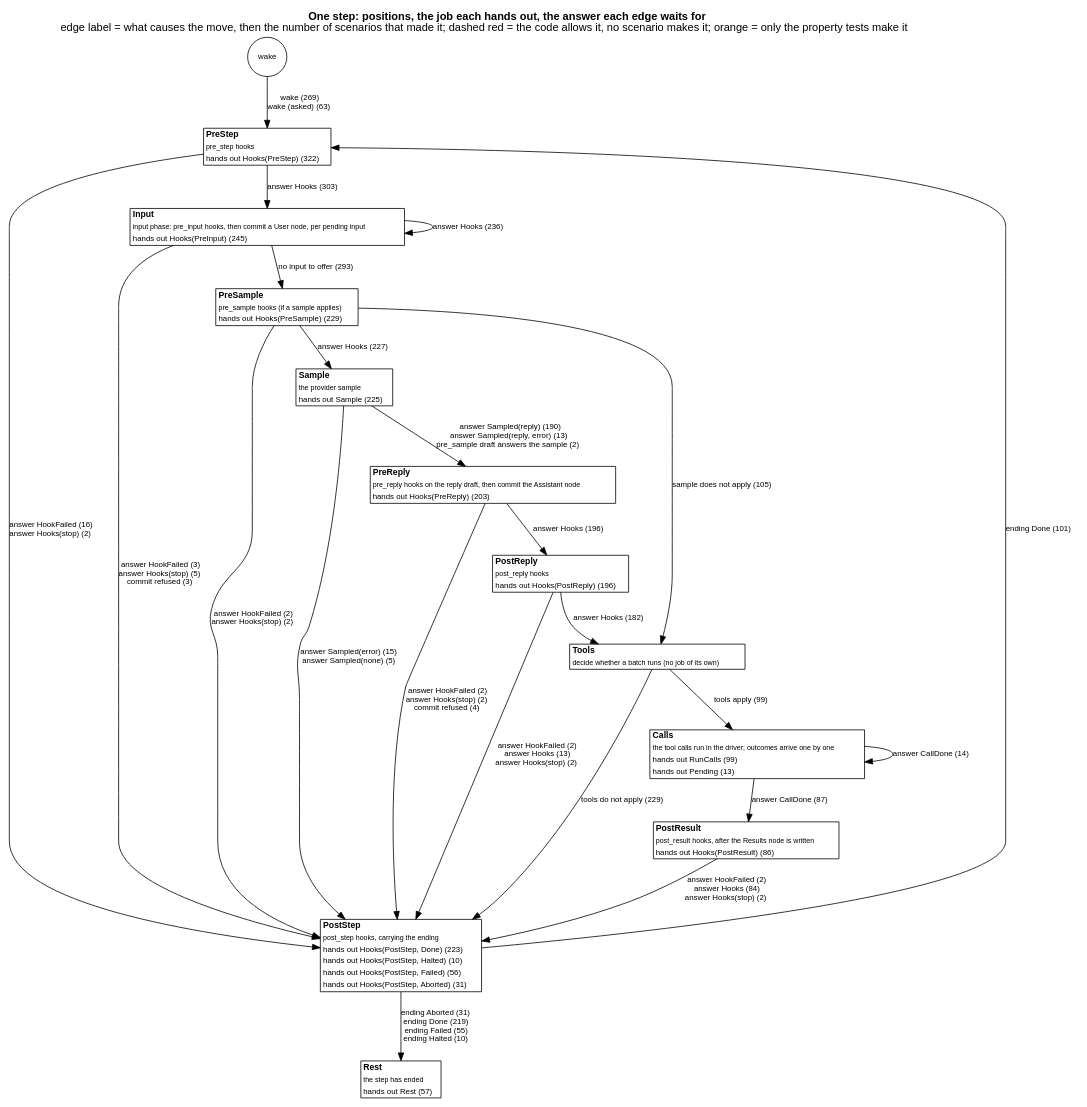
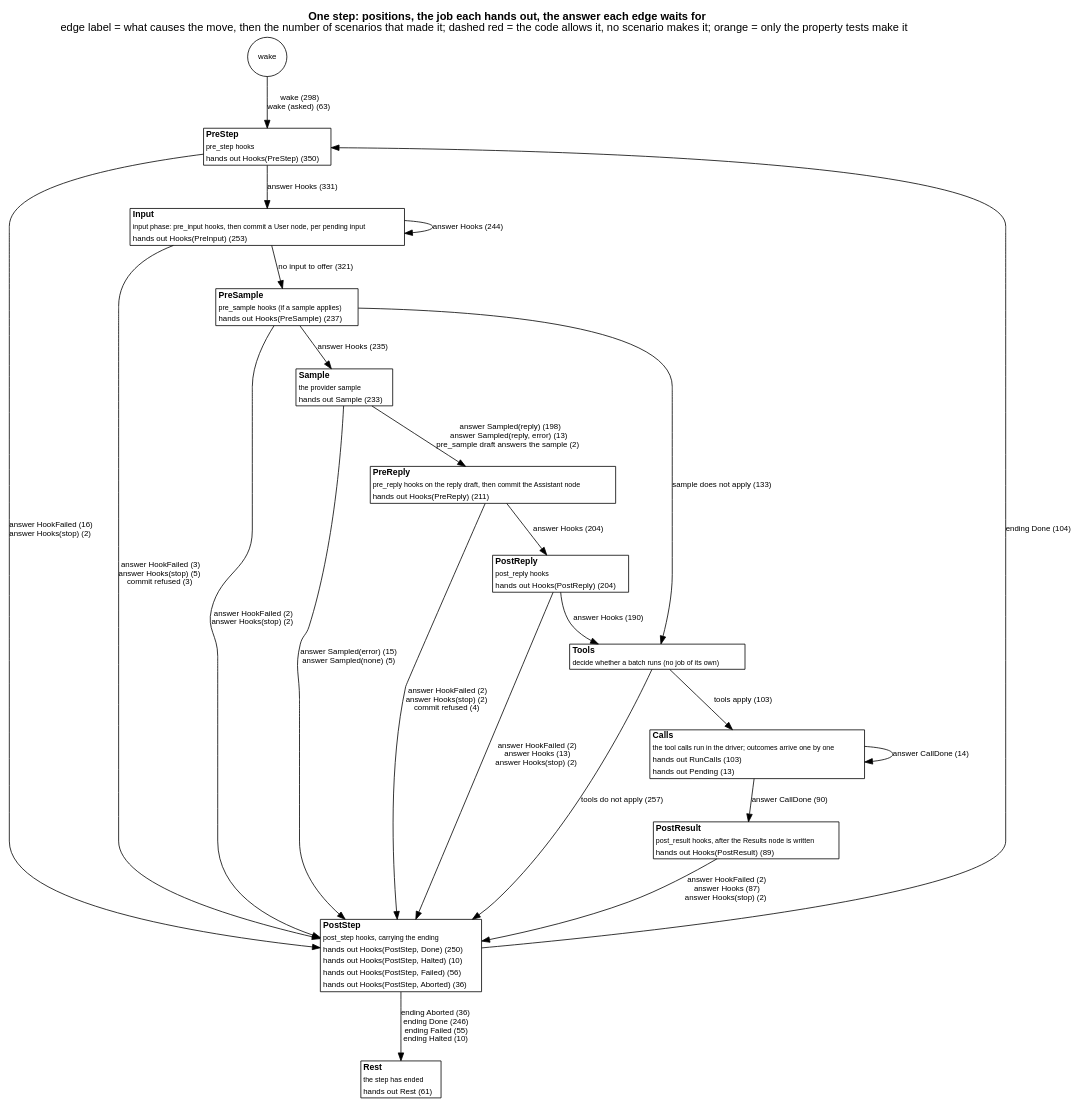
One commit to jmccardle/tau changed the diagram in docs/as-built/diagrams/step-positions.dot. Above: the diagram before and after it, drawn with Graphviz. The commit also changed 37 other files, not shown here.

```diff
--- a/docs/as-built/diagrams/step-positions.dot
+++ b/docs/as-built/diagrams/step-positions.dot
@@ -1,40 +1,40 @@
 // Generated by scripts/diagrams.sh from the test suites' transitions. Do not edit.
 digraph step_positions {
   graph [rankdir=TB, fontname="Helvetica", nodesep=0.5, ranksep=0.6, labelloc=t, label=<<b>One step: positions, the job each hands out, the answer each edge waits for</b><br/>edge label = what causes the move, then the number of scenarios that made it; dashed red = the code allows it, no scenario makes it; orange = only the property tests make it>];
   node [shape=plain, fontname="Helvetica", fontsize=11];
   edge [fontname="Helvetica", fontsize=10];
   "(wake)" [shape=circle, label="wake", fontsize=10];
-  "PreStep" [label=<<table border="1" cellborder="0" cellspacing="0" bgcolor="white"><tr><td align="left"><b>PreStep</b></td></tr><tr><td align="left"><font point-size="9">pre_step hooks</font></td></tr><tr><td align="left"><font color="black" point-size="10">hands out Hooks(PreStep) (322)</font></td></tr></table>>];
-  "Input" [label=<<table border="1" cellborder="0" cellspacing="0" bgcolor="white"><tr><td align="left"><b>Input</b></td></tr><tr><td align="left"><font point-size="9">input phase: pre_input hooks, then commit a User node, per pending input</font></td></tr><tr><td align="left"><font color="black" point-size="10">hands out Hooks(PreInput) (245)</font></td></tr></table>>];
-  "PreSample" [label=<<table border="1" cellborder="0" cellspacing="0" bgcolor="white"><tr><td align="left"><b>PreSample</b></td></tr><tr><td align="left"><font point-size="9">pre_sample hooks (if a sample applies)</font></td></tr><tr><td align="left"><font color="black" point-size="10">hands out Hooks(PreSample) (229)</font></td></tr></table>>];
-  "Sample" [label=<<table border="1" cellborder="0" cellspacing="0" bgcolor="white"><tr><td align="left"><b>Sample</b></td></tr><tr><td align="left"><font point-size="9">the provider sample</font></td></tr><tr><td align="left"><font color="black" point-size="10">hands out Sample (225)</font></td></tr></table>>];
-  "PreReply" [label=<<table border="1" cellborder="0" cellspacing="0" bgcolor="white"><tr><td align="left"><b>PreReply</b></td></tr><tr><td align="left"><font point-size="9">pre_reply hooks on the reply draft, then commit the Assistant node</font></td></tr><tr><td align="left"><font color="black" point-size="10">hands out Hooks(PreReply) (203)</font></td></tr></table>>];
-  "PostReply" [label=<<table border="1" cellborder="0" cellspacing="0" bgcolor="white"><tr><td align="left"><b>PostReply</b></td></tr><tr><td align="left"><font point-size="9">post_reply hooks</font></td></tr><tr><td align="left"><font color="black" point-size="10">hands out Hooks(PostReply) (196)</font></td></tr></table>>];
+  "PreStep" [label=<<table border="1" cellborder="0" cellspacing="0" bgcolor="white"><tr><td align="left"><b>PreStep</b></td></tr><tr><td align="left"><font point-size="9">pre_step hooks</font></td></tr><tr><td align="left"><font color="black" point-size="10">hands out Hooks(PreStep) (350)</font></td></tr></table>>];
+  "Input" [label=<<table border="1" cellborder="0" cellspacing="0" bgcolor="white"><tr><td align="left"><b>Input</b></td></tr><tr><td align="left"><font point-size="9">input phase: pre_input hooks, then commit a User node, per pending input</font></td></tr><tr><td align="left"><font color="black" point-size="10">hands out Hooks(PreInput) (253)</font></td></tr></table>>];
+  "PreSample" [label=<<table border="1" cellborder="0" cellspacing="0" bgcolor="white"><tr><td align="left"><b>PreSample</b></td></tr><tr><td align="left"><font point-size="9">pre_sample hooks (if a sample applies)</font></td></tr><tr><td align="left"><font color="black" point-size="10">hands out Hooks(PreSample) (237)</font></td></tr></table>>];
+  "Sample" [label=<<table border="1" cellborder="0" cellspacing="0" bgcolor="white"><tr><td align="left"><b>Sample</b></td></tr><tr><td align="left"><font point-size="9">the provider sample</font></td></tr><tr><td align="left"><font color="black" point-size="10">hands out Sample (233)</font></td></tr></table>>];
+  "PreReply" [label=<<table border="1" cellborder="0" cellspacing="0" bgcolor="white"><tr><td align="left"><b>PreReply</b></td></tr><tr><td align="left"><font point-size="9">pre_reply hooks on the reply draft, then commit the Assistant node</font></td></tr><tr><td align="left"><font color="black" point-size="10">hands out Hooks(PreReply) (211)</font></td></tr></table>>];
+  "PostReply" [label=<<table border="1" cellborder="0" cellspacing="0" bgcolor="white"><tr><td align="left"><b>PostReply</b></td></tr><tr><td align="left"><font point-size="9">post_reply hooks</font></td></tr><tr><td align="left"><font color="black" point-size="10">hands out Hooks(PostReply) (204)</font></td></tr></table>>];
   "Tools" [label=<<table border="1" cellborder="0" cellspacing="0" bgcolor="white"><tr><td align="left"><b>Tools</b></td></tr><tr><td align="left"><font point-size="9">decide whether a batch runs (no job of its own)</font></td></tr></table>>];
-  "Calls" [label=<<table border="1" cellborder="0" cellspacing="0" bgcolor="white"><tr><td align="left"><b>Calls</b></td></tr><tr><td align="left"><font point-size="9">the tool calls run in the driver; outcomes arrive one by one</font></td></tr><tr><td align="left"><font color="black" point-size="10">hands out RunCalls (99)</font></td></tr><tr><td align="left"><font color="black" point-size="10">hands out Pending (13)</font></td></tr></table>>];
-  "PostResult" [label=<<table border="1" cellborder="0" cellspacing="0" bgcolor="white"><tr><td align="left"><b>PostResult</b></td></tr><tr><td align="left"><font point-size="9">post_result hooks, after the Results node is written</font></td></tr><tr><td align="left"><font color="black" point-size="10">hands out Hooks(PostResult) (86)</font></td></tr></table>>];
-  "PostStep" [label=<<table border="1" cellborder="0" cellspacing="0" bgcolor="white"><tr><td align="left"><b>PostStep</b></td></tr><tr><td align="left"><font point-size="9">post_step hooks, carrying the ending</font></td></tr><tr><td align="left"><font color="black" point-size="10">hands out Hooks(PostStep, Done) (223)</font></td></tr><tr><td align="left"><font color="black" point-size="10">hands out Hooks(PostStep, Halted) (10)</font></td></tr><tr><td align="left"><font color="black" point-size="10">hands out Hooks(PostStep, Failed) (56)</font></td></tr><tr><td align="left"><font color="black" point-size="10">hands out Hooks(PostStep, Aborted) (31)</font></td></tr></table>>];
-  "Rest" [label=<<table border="1" cellborder="0" cellspacing="0" bgcolor="white"><tr><td align="left"><b>Rest</b></td></tr><tr><td align="left"><font point-size="9">the step has ended</font></td></tr><tr><td align="left"><font color="black" point-size="10">hands out Rest (57)</font></td></tr></table>>];
-  "(wake)" -> "PreStep" [label=<wake (269)<br/>wake (asked) (63)>, color="black", style=solid];
+  "Calls" [label=<<table border="1" cellborder="0" cellspacing="0" bgcolor="white"><tr><td align="left"><b>Calls</b></td></tr><tr><td align="left"><font point-size="9">the tool calls run in the driver; outcomes arrive one by one</font></td></tr><tr><td align="left"><font color="black" point-size="10">hands out RunCalls (103)</font></td></tr><tr><td align="left"><font color="black" point-size="10">hands out Pending (13)</font></td></tr></table>>];
+  "PostResult" [label=<<table border="1" cellborder="0" cellspacing="0" bgcolor="white"><tr><td align="left"><b>PostResult</b></td></tr><tr><td align="left"><font point-size="9">post_result hooks, after the Results node is written</font></td></tr><tr><td align="left"><font color="black" point-size="10">hands out Hooks(PostResult) (89)</font></td></tr></table>>];
+  "PostStep" [label=<<table border="1" cellborder="0" cellspacing="0" bgcolor="white"><tr><td align="left"><b>PostStep</b></td></tr><tr><td align="left"><font point-size="9">post_step hooks, carrying the ending</font></td></tr><tr><td align="left"><font color="black" point-size="10">hands out Hooks(PostStep, Done) (250)</font></td></tr><tr><td align="left"><font color="black" point-size="10">hands out Hooks(PostStep, Halted) (10)</font></td></tr><tr><td align="left"><font color="black" point-size="10">hands out Hooks(PostStep, Failed) (56)</font></td></tr><tr><td align="left"><font color="black" point-size="10">hands out Hooks(PostStep, Aborted) (36)</font></td></tr></table>>];
+  "Rest" [label=<<table border="1" cellborder="0" cellspacing="0" bgcolor="white"><tr><td align="left"><b>Rest</b></td></tr><tr><td align="left"><font point-size="9">the step has ended</font></td></tr><tr><td align="left"><font color="black" point-size="10">hands out Rest (61)</font></td></tr></table>>];
+  "(wake)" -> "PreStep" [label=<wake (298)<br/>wake (asked) (63)>, color="black", style=solid];
   "Calls" -> "Calls" [label=<answer CallDone (14)>, color="black", style=solid];
-  "Calls" -> "PostResult" [label=<answer CallDone (87)>, color="black", style=solid];
-  "Input" -> "Input" [label=<answer Hooks (236)>, color="black", style=solid];
+  "Calls" -> "PostResult" [label=<answer CallDone (90)>, color="black", style=solid];
+  "Input" -> "Input" [label=<answer Hooks (244)>, color="black", style=solid];
   "Input" -> "PostStep" [label=<answer HookFailed (3)<br/>answer Hooks(stop) (5)<br/>commit refused (3)>, color="black", style=solid];
-  "Input" -> "PreSample" [label=<no input to offer (293)>, color="black", style=solid];
+  "Input" -> "PreSample" [label=<no input to offer (321)>, color="black", style=solid];
   "PostReply" -> "PostStep" [label=<answer HookFailed (2)<br/>answer Hooks (13)<br/>answer Hooks(stop) (2)>, color="black", style=solid];
-  "PostReply" -> "Tools" [label=<answer Hooks (182)>, color="black", style=solid];
-  "PostResult" -> "PostStep" [label=<answer HookFailed (2)<br/>answer Hooks (84)<br/>answer Hooks(stop) (2)>, color="black", style=solid];
-  "PostStep" -> "PreStep" [label=<ending Done (101)>, color="black", style=solid];
-  "PostStep" -> "Rest" [label=<ending Aborted (31)<br/>ending Done (219)<br/>ending Failed (55)<br/>ending Halted (10)>, color="black", style=solid];
-  "PreReply" -> "PostReply" [label=<answer Hooks (196)>, color="black", style=solid];
+  "PostReply" -> "Tools" [label=<answer Hooks (190)>, color="black", style=solid];
+  "PostResult" -> "PostStep" [label=<answer HookFailed (2)<br/>answer Hooks (87)<br/>answer Hooks(stop) (2)>, color="black", style=solid];
+  "PostStep" -> "PreStep" [label=<ending Done (104)>, color="black", style=solid];
+  "PostStep" -> "Rest" [label=<ending Aborted (36)<br/>ending Done (246)<br/>ending Failed (55)<br/>ending Halted (10)>, color="black", style=solid];
+  "PreReply" -> "PostReply" [label=<answer Hooks (204)>, color="black", style=solid];
   "PreReply" -> "PostStep" [label=<answer HookFailed (2)<br/>answer Hooks(stop) (2)<br/>commit refused (4)>, color="black", style=solid];
   "PreSample" -> "PostStep" [label=<answer HookFailed (2)<br/>answer Hooks(stop) (2)>, color="black", style=solid];
-  "PreSample" -> "Sample" [label=<answer Hooks (227)>, color="black", style=solid];
-  "PreSample" -> "Tools" [label=<sample does not apply (105)>, color="black", style=solid];
-  "PreStep" -> "Input" [label=<answer Hooks (303)>, color="black", style=solid];
+  "PreSample" -> "Sample" [label=<answer Hooks (235)>, color="black", style=solid];
+  "PreSample" -> "Tools" [label=<sample does not apply (133)>, color="black", style=solid];
+  "PreStep" -> "Input" [label=<answer Hooks (331)>, color="black", style=solid];
   "PreStep" -> "PostStep" [label=<answer HookFailed (16)<br/>answer Hooks(stop) (2)>, color="black", style=solid];
   "Sample" -> "PostStep" [label=<answer Sampled(error) (15)<br/>answer Sampled(none) (5)>, color="black", style=solid];
-  "Sample" -> "PreReply" [label=<answer Sampled(reply) (190)<br/>answer Sampled(reply, error) (13)<br/>pre_sample draft answers the sample (2)>, color="black", style=solid];
-  "Tools" -> "Calls" [label=<tools apply (99)>, color="black", style=solid];
-  "Tools" -> "PostStep" [label=<tools do not apply (229)>, color="black", style=solid];
+  "Sample" -> "PreReply" [label=<answer Sampled(reply) (198)<br/>answer Sampled(reply, error) (13)<br/>pre_sample draft answers the sample (2)>, color="black", style=solid];
+  "Tools" -> "Calls" [label=<tools apply (103)>, color="black", style=solid];
+  "Tools" -> "PostStep" [label=<tools do not apply (257)>, color="black", style=solid];
 }
```
